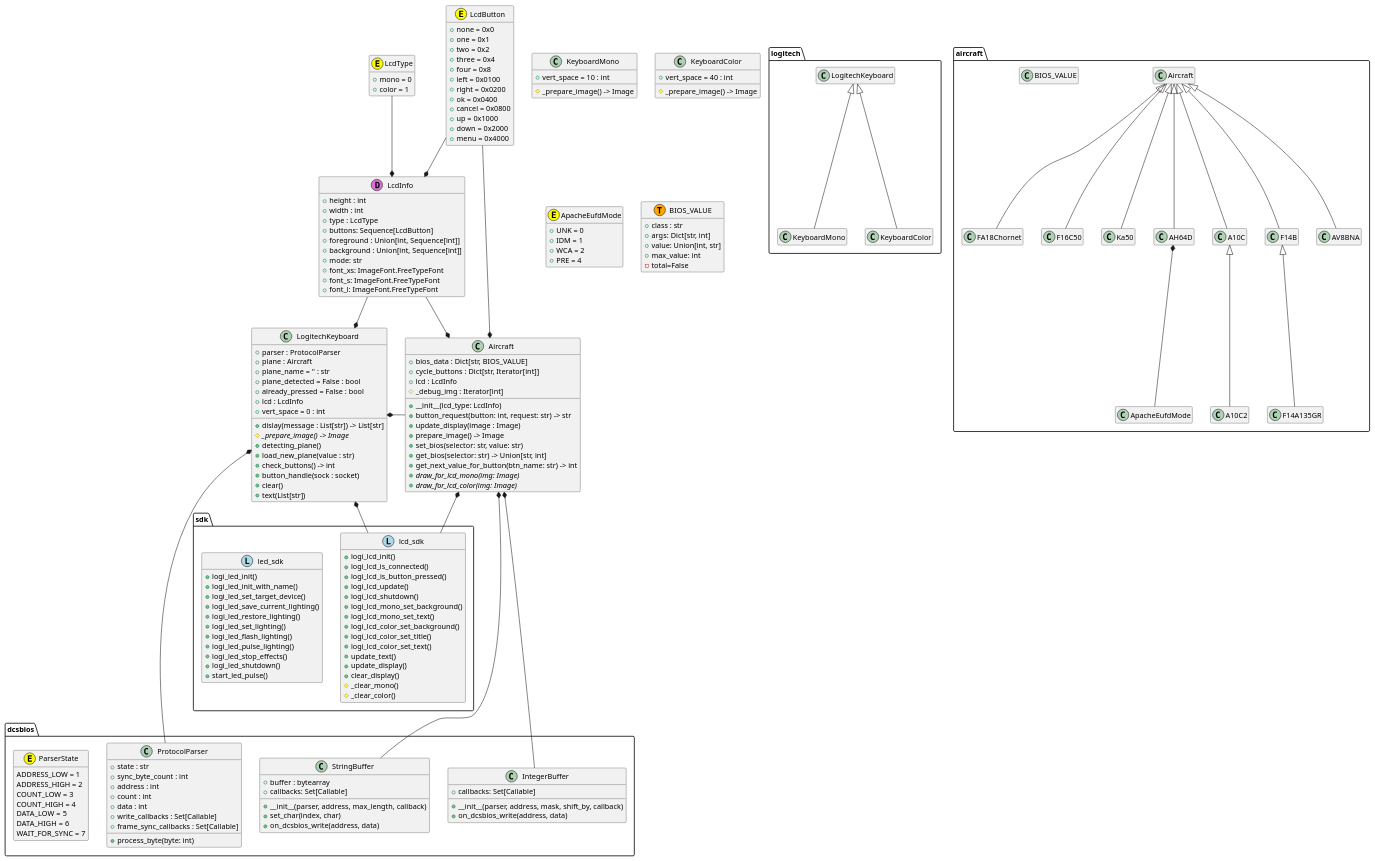
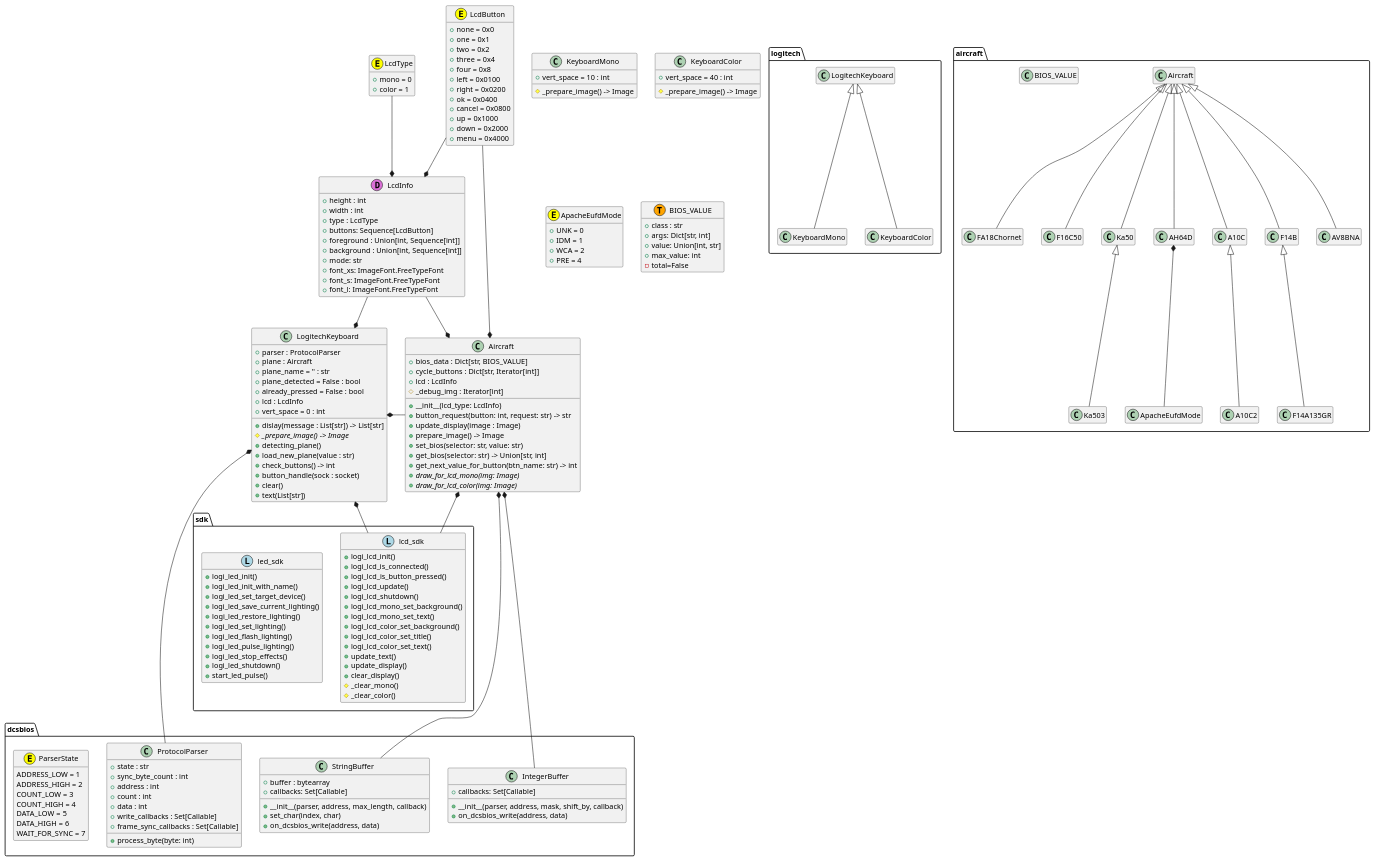
One commit to emcek/dcspy changed the diagram in uml/classes.puml. Above: the diagram before and after it, drawn with PlantUML.

Commit message:
update UML

```diff
--- a/uml/classes.puml
+++ b/uml/classes.puml
@@ -1,197 +1,198 @@
 @startuml
 hide empty members
 
 package dcsbios {
     class ProtocolParser {
         + state : str
         + sync_byte_count : int
         + address : int
         + count : int
         + data : int
         + write_callbacks : Set[Callable]
         + frame_sync_callbacks : Set[Callable]
         + process_byte(byte: int)
     }
 
     class StringBuffer {
         + buffer : bytearray
         + callbacks: Set[Callable]
         + __init__(parser, address, max_length, callback)
         + set_char(index, char)
         + on_dcsbios_write(address, data)
     }
 
     class IntegerBuffer {
         + callbacks: Set[Callable]
         + __init__(parser, address, mask, shift_by, callback)
         + on_dcsbios_write(address, data)
     }
     class ParserState <<(E,yellow)>> {
         ADDRESS_LOW = 1
         ADDRESS_HIGH = 2
         COUNT_LOW = 3
         COUNT_HIGH = 4
         DATA_LOW = 5
         DATA_HIGH = 6
         WAIT_FOR_SYNC = 7
     }
 }
 
 package logitech {
     LogitechKeyboard <|-- KeyboardMono
     LogitechKeyboard <|-- KeyboardColor
 }
 
 class LogitechKeyboard {
     + parser : ProtocolParser
     + plane : Aircraft
     + plane_name = '' : str
     + plane_detected = False : bool
     + already_pressed = False : bool
     + lcd : LcdInfo
     + vert_space = 0 : int
     + dislay(message : List[str]) -> List[str]
     # {abstract} _prepare_image() -> Image
     + detecting_plane()
     + load_new_plane(value : str)
     + check_buttons() -> int
     + button_handle(sock : socket)
     + clear()
     + text(List[str])
 }
 
 class KeyboardMono {
     + vert_space = 10 : int
     # _prepare_image() -> Image
 }
 
 class KeyboardColor {
     + vert_space = 40 : int
     # _prepare_image() -> Image
 }
 
 package aircraft {
   Aircraft <|-- FA18Chornet
   Aircraft <|-- F16C50
   Aircraft <|-- Ka50
+  Ka50 <|-- Ka503
   Aircraft <|-- AH64D
   Aircraft <|-- A10C
   A10C <|-- A10C2
   Aircraft <|-- F14B
   F14B <|-- F14A135GR
   Aircraft <|-- AV8BNA
   class BIOS_VALUE
   AH64D *-- ApacheEufdMode
 }
 
 class Aircraft {
     + bios_data : Dict[str, BIOS_VALUE]
     + cycle_buttons : Dict[str, Iterator[int]]
     + lcd : LcdInfo
     # _debug_img : Iterator[int]
     + __init__(lcd_type: LcdInfo)
     + button_request(button: int, request: str) -> str
     + update_display(image : Image)
     + prepare_image() -> Image
     + set_bios(selector: str, value: str)
     + get_bios(selector: str) -> Union[str, int]
     + get_next_value_for_button(btn_name: str) -> int
     + {abstract} draw_for_lcd_mono(img: Image)
     + {abstract} draw_for_lcd_color(img: Image)
 }
 
 class ApacheEufdMode <<(E,yellow)>> {
     + UNK = 0
     + IDM = 1
     + WCA = 2
     + PRE = 4
 }
 
 class BIOS_VALUE <<(T,orange)>> {
     + class : str
     + args: Dict[str, int]
     + value: Union[int, str]
     + max_value: int
     - total=False
 }
 
 class LcdInfo <<(D,orchid)>> {
     + height : int
     + width : int
     + type : LcdType
     + buttons: Sequence[LcdButton]
     + foreground : Union[int, Sequence[int]]
     + background : Union[int, Sequence[int]]
     + mode: str
     + font_xs: ImageFont.FreeTypeFont
     + font_s: ImageFont.FreeTypeFont
     + font_l: ImageFont.FreeTypeFont
 }
 
 class LcdType <<(E,yellow)>> {
     + mono = 0
     + color = 1
 }
 
 class LcdButton <<(E,yellow)>> {
     + none = 0x0
     + one = 0x1
     + two = 0x2
     + three = 0x4
     + four = 0x8
     + left = 0x0100
     + right = 0x0200
     + ok = 0x0400
     + cancel = 0x0800
     + up = 0x1000
     + down = 0x2000
     + menu = 0x4000
 }
 
 package sdk{
     class lcd_sdk <<(L,lightblue)>> {
         + logi_lcd_init()
         + logi_lcd_is_connected()
         + logi_lcd_is_button_pressed()
         + logi_lcd_update()
         + logi_lcd_shutdown()
         + logi_lcd_mono_set_background()
         + logi_lcd_mono_set_text()
         + logi_lcd_color_set_background()
         + logi_lcd_color_set_title()
         + logi_lcd_color_set_text()
         + update_text()
         + update_display()
         + clear_display()
         # _clear_mono()
         # _clear_color()
     }
     class led_sdk <<(L,lightblue)>> {
         + logi_led_init()
         + logi_led_init_with_name()
         + logi_led_set_target_device()
         + logi_led_save_current_lighting()
         + logi_led_restore_lighting()
         + logi_led_set_lighting()
         + logi_led_flash_lighting()
         + logi_led_pulse_lighting()
         + logi_led_stop_effects()
         + logi_led_shutdown()
         + start_led_pulse()
     }
 }
 
 LcdType --* LcdInfo
 LcdButton --* LcdInfo
 LcdButton -* Aircraft
 
 LogitechKeyboard *- Aircraft
 LcdInfo -* LogitechKeyboard
 LogitechKeyboard *--- ProtocolParser
 LogitechKeyboard *-- lcd_sdk
 
 LcdInfo --* Aircraft
 Aircraft *-- StringBuffer
 Aircraft *--- IntegerBuffer
 Aircraft *-- lcd_sdk
 @enduml
```
